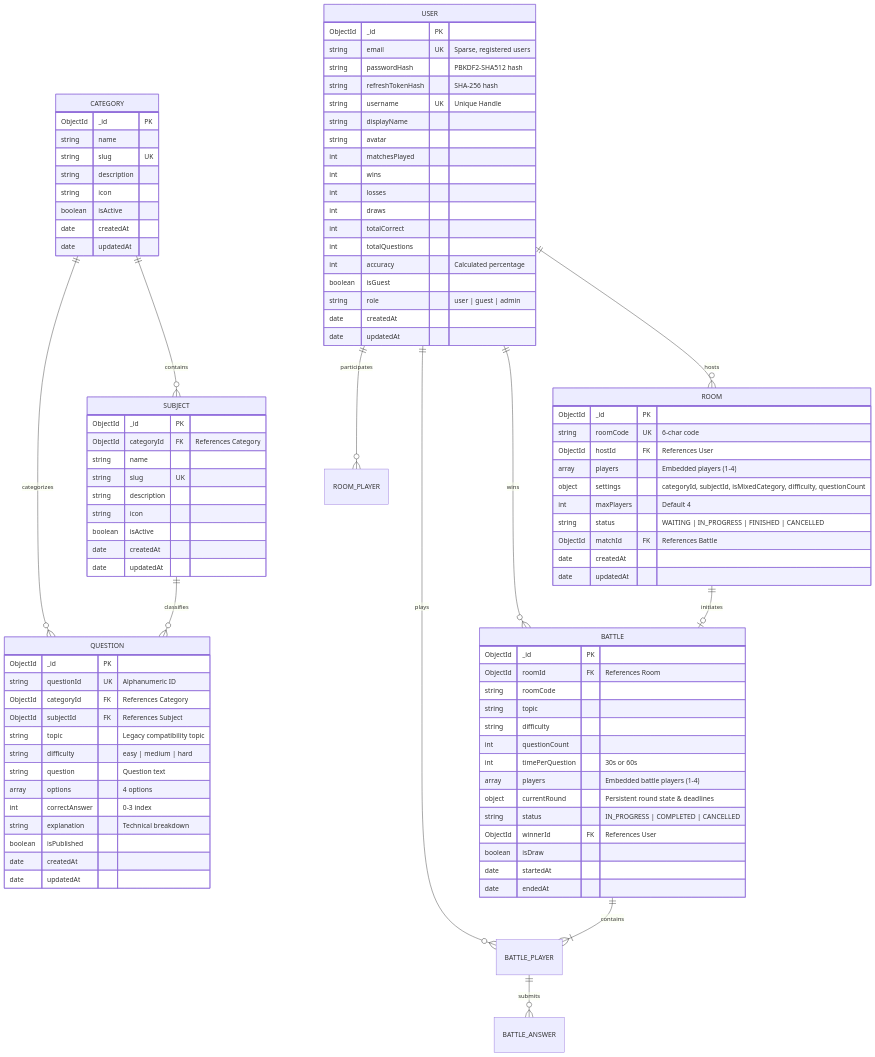
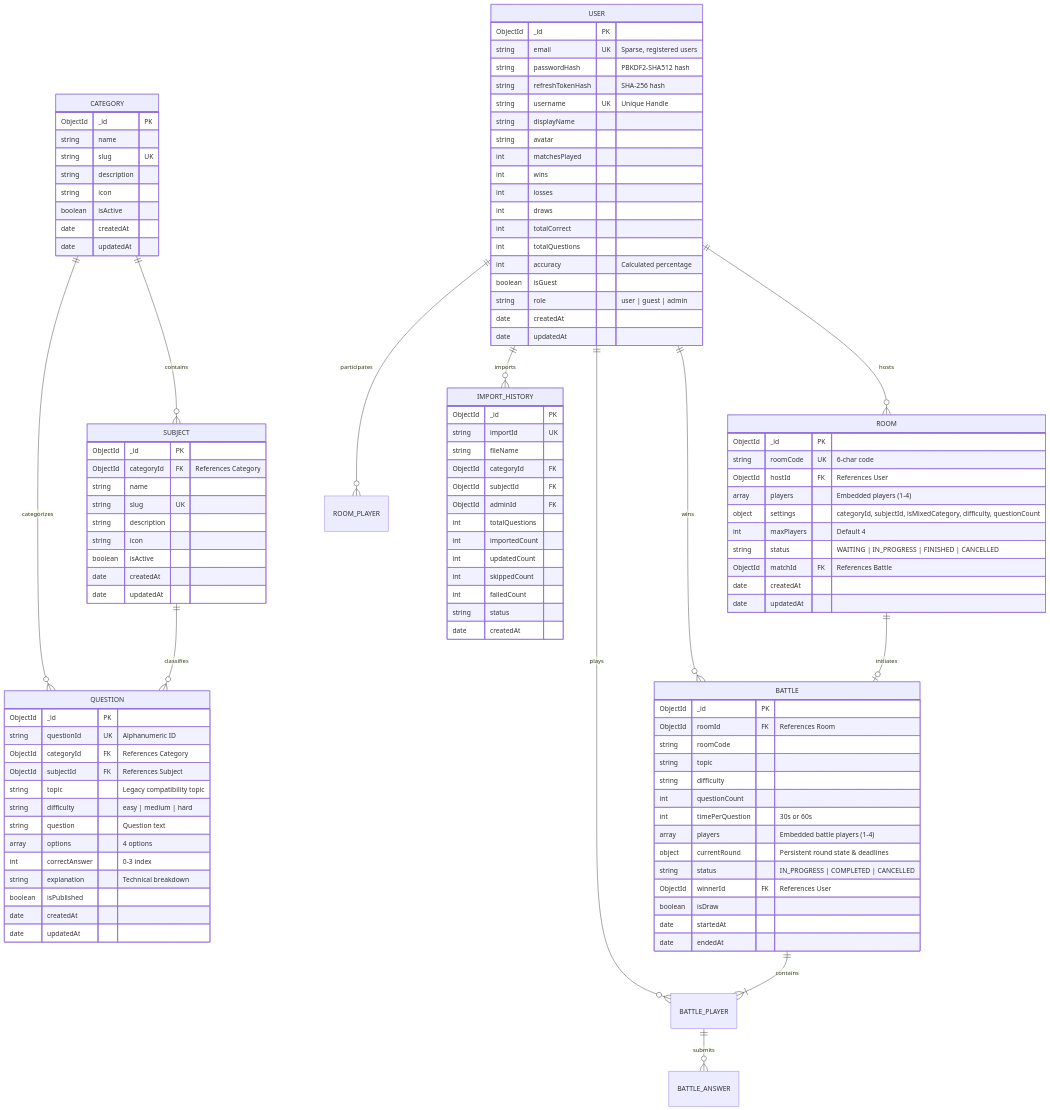
One commit to harshverma-25/CodeArena changed the diagram in docs/05-database-architecture.md. Above: the diagram before and after it, drawn with Mermaid. The commit also changed other lines of this file and 21 other files, not shown here.

```diff
--- a/docs/05-database-architecture.md
+++ b/docs/05-database-architecture.md
@@ -20,9 +20,26 @@
     USER ||--o{ ROOM_PLAYER : participates
     USER ||--o{ BATTLE_PLAYER : plays
     USER ||--o{ BATTLE : wins
+    USER ||--o{ IMPORT_HISTORY : imports
     ROOM ||--o| BATTLE : initiates
     BATTLE ||--|{ BATTLE_PLAYER : contains
     BATTLE_PLAYER ||--o{ BATTLE_ANSWER : submits
+
+    IMPORT_HISTORY {
+        ObjectId _id PK
+        string importId UK
+        string fileName
+        ObjectId categoryId FK
+        ObjectId subjectId FK
+        ObjectId adminId FK
+        int totalQuestions
+        int importedCount
+        int updatedCount
+        int skippedCount
+        int failedCount
+        string status
+        date createdAt
+    }
 
     CATEGORY {
         ObjectId _id PK
```
